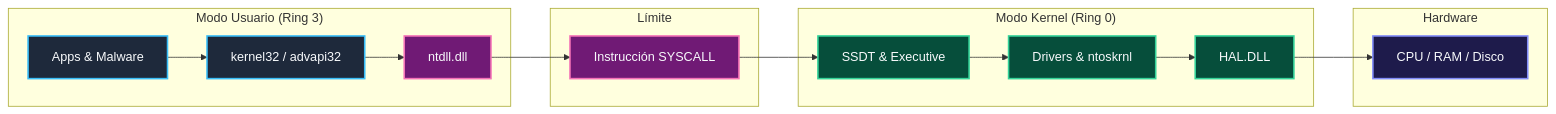
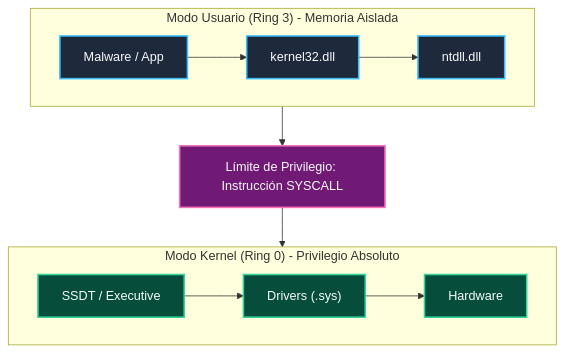
The second of 7 diagrams in malware-analysis/01-arquitectura-windows-directorios-y-permisos/README.md (purpesec/Cybersecurity-For-Beginners), drawn with Mermaid before and after one commit. The commit also changed other lines of this file and 2 other files, not shown here.

Commit message:
style: redisear diagramas con pocos nodos y fuentes grandes para evitar compresion

````diff
--- a/malware-analysis/01-arquitectura-windows-directorios-y-permisos/README.md
+++ b/malware-analysis/01-arquitectura-windows-directorios-y-permisos/README.md
@@ -37,26 +35,20 @@
 ```mermaid
-flowchart LR
+flowchart TD
     classDef user fill:#1e293b,stroke:#38bdf8,stroke-width:2px,color:#f8fafc;
     classDef trans fill:#701a75,stroke:#f472b6,stroke-width:2px,color:#f8fafc;
     classDef kern fill:#064e3b,stroke:#34d399,stroke-width:2px,color:#f8fafc;
-    classDef hw fill:#1e1b4b,stroke:#818cf8,stroke-width:2px,color:#f8fafc;
 
-    subgraph U["Modo Usuario (Ring 3)"]
-        APP["Apps & Malware"]:::user --> DLL["kernel32 / advapi32"]:::user --> NTDLL["ntdll.dll"]:::trans
+    subgraph U["Modo Usuario (Ring 3) - Memoria Aislada"]
+        direction LR
+        APP["Malware / App"]:::user --> WIN32["kernel32.dll"]:::user --> NTDLL["ntdll.dll"]:::user
     end
 
-    subgraph T["Límite"]
-        GATE["Instrucción SYSCALL"]:::trans
+    GATE["Límite de Privilegio: Instrucción SYSCALL"]:::trans
+
+    subgraph K["Modo Kernel (Ring 0) - Privilegio Absoluto"]
+        direction LR
+        SSDT["SSDT / Executive"]:::kern --> DRV["Drivers (.sys)"]:::kern --> HW["Hardware"]:::kern
     end
 
-    subgraph K["Modo Kernel (Ring 0)"]
-        SSDT["SSDT & Executive"]:::kern --> DRV["Drivers & ntoskrnl"]:::kern --> HAL["HAL.DLL"]:::kern
-    end
-
-    subgraph H["Hardware"]
-        HW["CPU / RAM / Disco"]:::hw
-    end
-
-    NTDLL --> GATE --> SSDT
-    HAL --> HW
+    U --> GATE --> K
 ```
````
